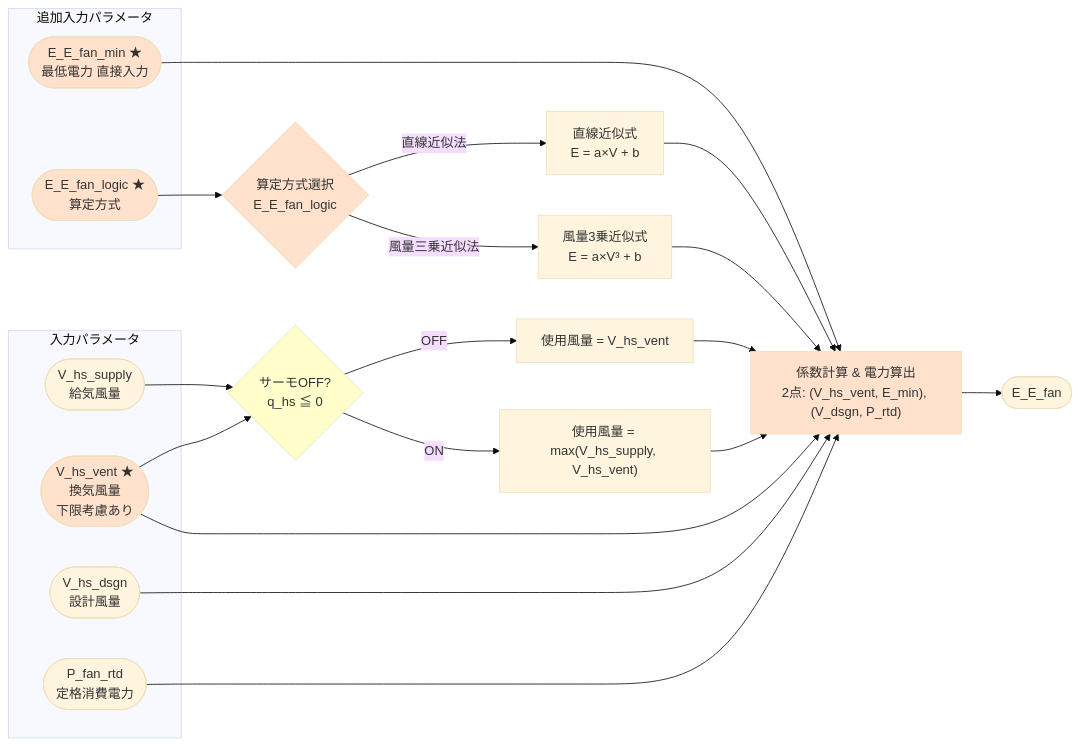
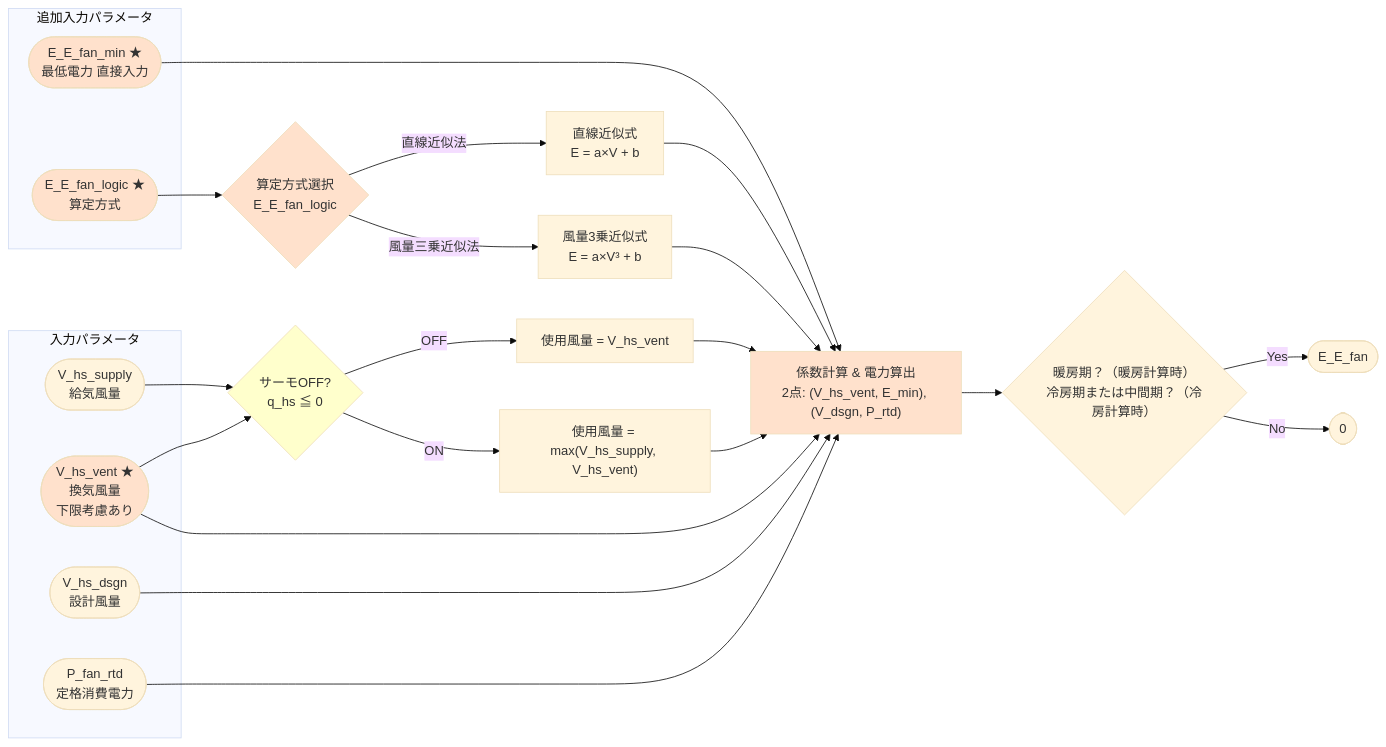
One commit to iguchi-lab/Verification-Platform-Next changed the seventh of 7 diagrams in docs/最低風量_最低電力_直接入力.md. Above: the diagram before and after it, drawn with Mermaid (base theme). The commit also changed other lines of this file, not shown here.

````diff
--- a/docs/最低風量_最低電力_直接入力.md
+++ b/docs/最低風量_最低電力_直接入力.md
@@ -251,45 +237,47 @@
 ```mermaid
 flowchart LR
 
 subgraph 入力パラメータ
     V([V_hs_supply<br/>給気風量])
     V_vent([V_hs_vent ★<br/>換気風量<br/>下限考慮あり])
     V_dsgn([V_hs_dsgn<br/>設計風量])
     P([P_fan_rtd<br/>定格消費電力])
 end
 
 subgraph 追加入力パラメータ
     E_min([E_E_fan_min ★<br/>最低電力 直接入力])
     Logic([E_E_fan_logic ★<br/>算定方式])
 end
 
 V --> FlowDecision{サーモOFF?<br/>q_hs ≦ 0}
 V_vent --> FlowDecision
 
 FlowDecision -->|OFF| UseMin["使用風量 = V_hs_vent"]
 FlowDecision -->|ON| UseActual["使用風量 = max(V_hs_supply, V_hs_vent)"]
 
 Logic --> FormulaSelect{算定方式選択<br/>E_E_fan_logic}
 
 FormulaSelect -->|直線近似法| LinearFormula["直線近似式<br/>E = a×V + b"]
 FormulaSelect -->|風量三乗近似法| CubicFormula["風量3乗近似式<br/>E = a×V³ + b"]
 
 LinearFormula --> PowerCalc["係数計算 & 電力算出<br/>2点: (V_hs_vent, E_min), (V_dsgn, P_rtd)"]
 CubicFormula --> PowerCalc
 
 UseMin --> PowerCalc
 UseActual --> PowerCalc
 V_vent --> PowerCalc
 E_min --> PowerCalc
 P --> PowerCalc
 V_dsgn --> PowerCalc
 
-PowerCalc --> Result([E_E_fan])
+PowerCalc --> Check{暖房期？（暖房計算時）<br/>冷房期または中間期？（冷房計算時）}
+Check -->|Yes| Result([E_E_fan])
+Check -->|No| Zero([0])
 
 style FlowDecision fill:#ffffcc
 style FormulaSelect fill:#ffe1cc
 style PowerCalc fill:#ffe1cc
 style V_vent fill:#ffe1cc
 style E_min fill:#ffe1cc
 style Logic fill:#ffe1cc
 ```
````
